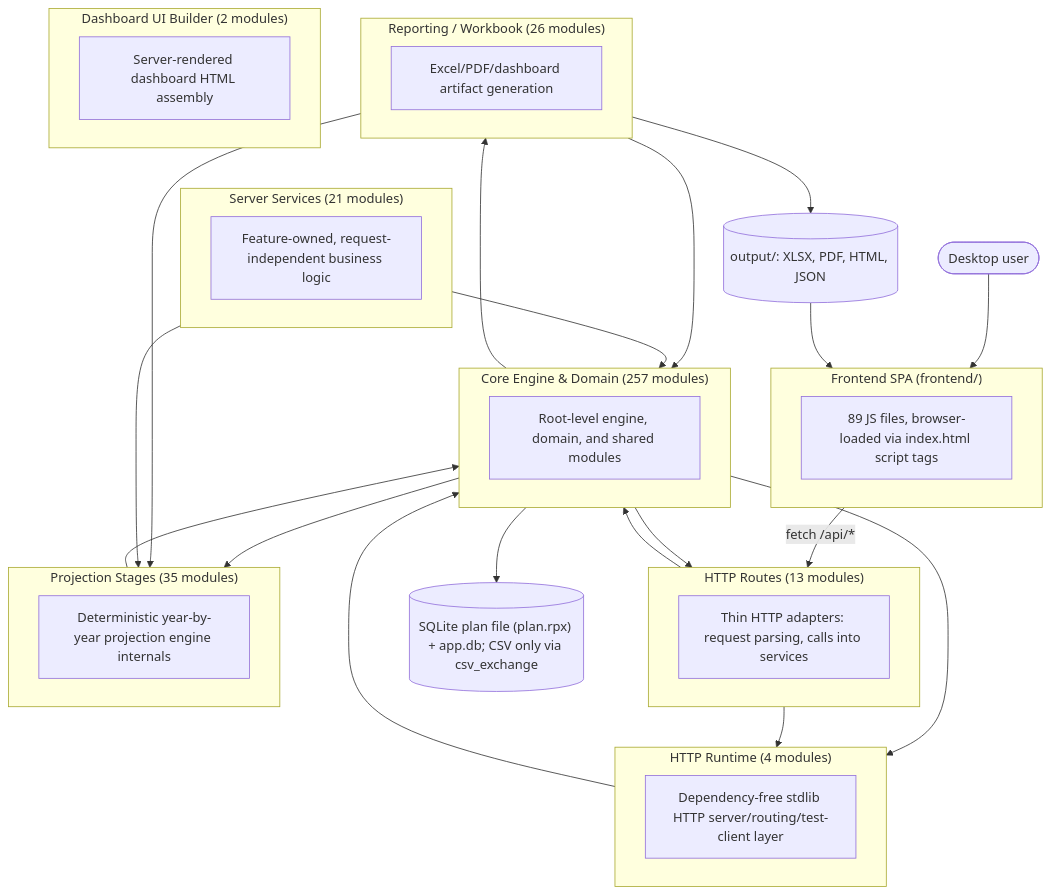
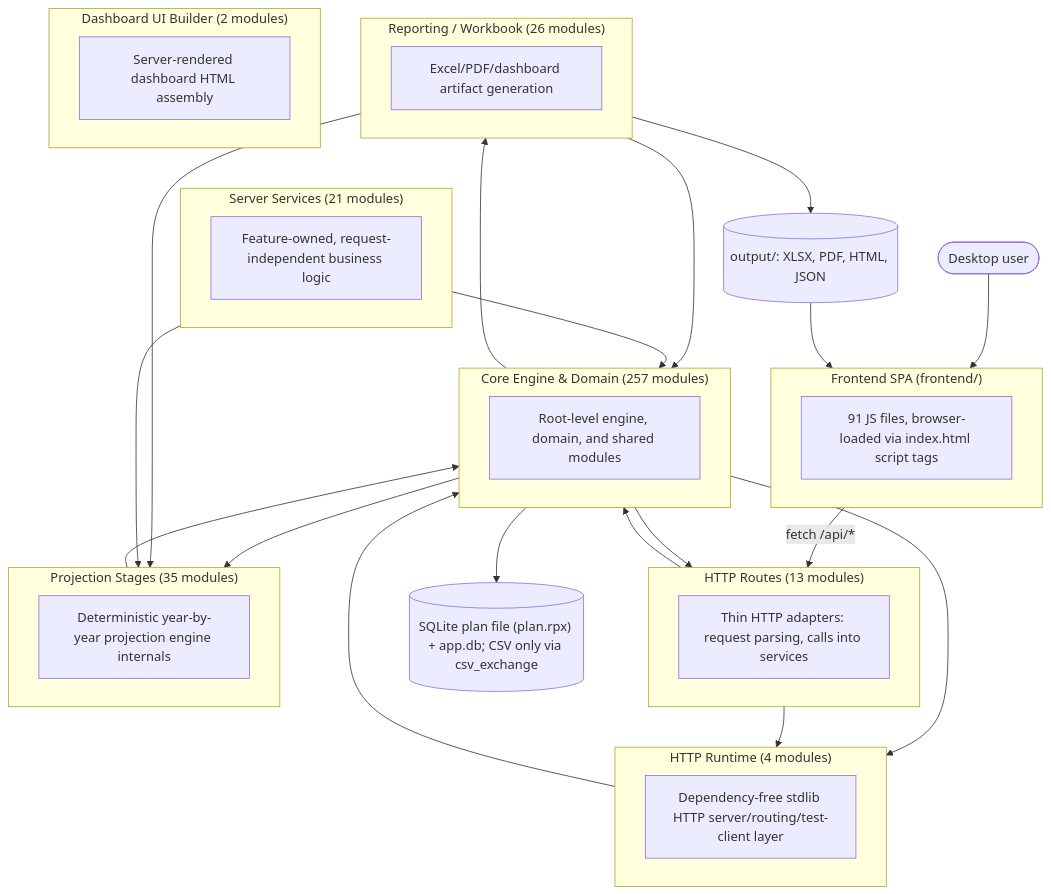
Before and after one commit to matthartzman/retirement_system: the first of 2 diagrams in documentation/reference/SYSTEM_ARCHITECTURE_DIAGRAM.md, drawn with Mermaid. The commit also changed other lines of this file and 14 other files, not shown here.

Commit message:
Phase 5 frontend: remote-mode detection, single 401 handler, keep-alive, plan and Monarch file flows, queued build state

````diff
--- a/documentation/reference/SYSTEM_ARCHITECTURE_DIAGRAM.md
+++ b/documentation/reference/SYSTEM_ARCHITECTURE_DIAGRAM.md
@@ -11,44 +11,44 @@
 ```mermaid
 flowchart TB
     User(["Desktop user"]) --> FE
     subgraph FE["Frontend SPA (frontend/)"]
-        FEcount["89 JS files, browser-loaded via index.html script tags"]
+        FEcount["91 JS files, browser-loaded via index.html script tags"]
     end
     FE -->|fetch /api/*| L_HTTP_Routes
     subgraph L_HTTP_Routes["HTTP Routes (13 modules)"]
         L_HTTP_Routes_d["Thin HTTP adapters: request parsing, calls into services"]
     end
     subgraph L_Server_Services["Server Services (21 modules)"]
         L_Server_Services_d["Feature-owned, request-independent business logic"]
     end
     subgraph L_HTTP_Runtime["HTTP Runtime (4 modules)"]
         L_HTTP_Runtime_d["Dependency-free stdlib HTTP server/routing/test-client layer"]
     end
     subgraph L_Core_Engine___Domain["Core Engine & Domain (257 modules)"]
         L_Core_Engine___Domain_d["Root-level engine, domain, and shared modules"]
     end
     subgraph L_Projection_Stages["Projection Stages (35 modules)"]
         L_Projection_Stages_d["Deterministic year-by-year projection engine internals"]
     end
     subgraph L_Reporting___Workbook["Reporting / Workbook (26 modules)"]
         L_Reporting___Workbook_d["Excel/PDF/dashboard artifact generation"]
     end
     subgraph L_Dashboard_UI_Builder["Dashboard UI Builder (2 modules)"]
         L_Dashboard_UI_Builder_d["Server-rendered dashboard HTML assembly"]
     end
     L_Core_Engine___Domain --> L_HTTP_Routes
     L_Core_Engine___Domain --> L_HTTP_Runtime
     L_Core_Engine___Domain --> L_Projection_Stages
     L_Core_Engine___Domain --> L_Reporting___Workbook
     L_HTTP_Routes --> L_Core_Engine___Domain
     L_HTTP_Routes --> L_HTTP_Runtime
     L_HTTP_Runtime --> L_Core_Engine___Domain
     L_Projection_Stages --> L_Core_Engine___Domain
     L_Reporting___Workbook --> L_Core_Engine___Domain
     L_Reporting___Workbook --> L_Projection_Stages
     L_Server_Services --> L_Core_Engine___Domain
     L_Server_Services --> L_Projection_Stages
     L_Core_Engine___Domain --> DB[("SQLite plan file (plan.rpx) + app.db; CSV only via csv_exchange")]
     L_Reporting___Workbook --> Outputs[("output/: XLSX, PDF, HTML, JSON")]
     Outputs --> FE
 ```
````
